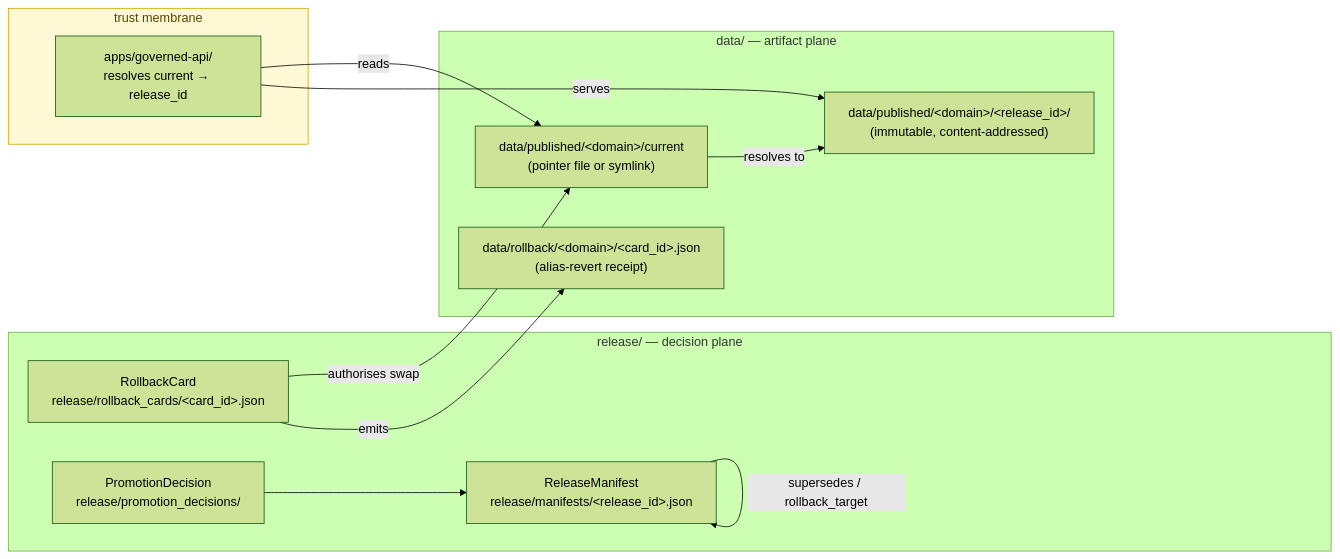
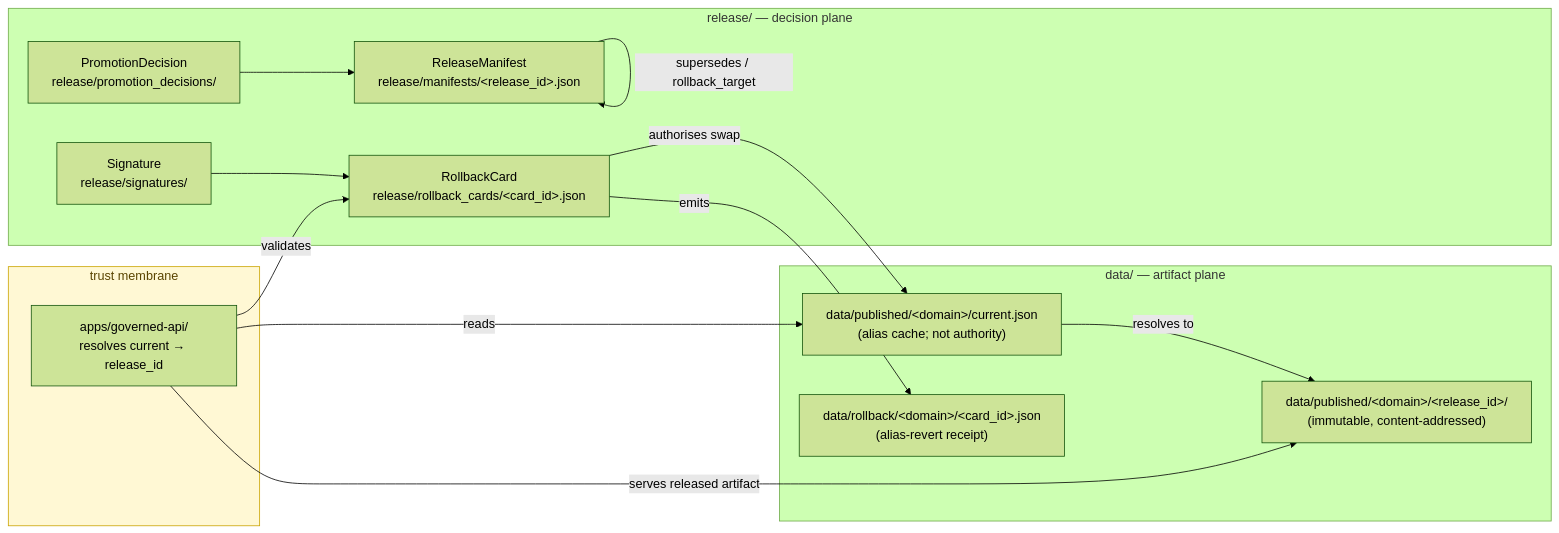
One commit to bartytime4life/Kansas-Frontier-Matrix changed the first of 2 diagrams in docs/adr/ADR-0015-data-published-_domain_-current-alias-is-governed-by-rollback_card.md. Above: the diagram before and after it, drawn with Mermaid (forest theme). The commit also changed other lines of this file, not shown here.

````diff
--- a/docs/adr/ADR-0015-data-published-_domain_-current-alias-is-governed-by-rollback_card.md
+++ b/docs/adr/ADR-0015-data-published-_domain_-current-alias-is-governed-by-rollback_card.md
@@ -122,29 +160,32 @@
 ```mermaid
 flowchart LR
     subgraph RP["release/ — decision plane"]
         RC["RollbackCard<br/>release/rollback_cards/&lt;card_id&gt;.json"]
         RM["ReleaseManifest<br/>release/manifests/&lt;release_id&gt;.json"]
         PD["PromotionDecision<br/>release/promotion_decisions/"]
+        SG["Signature<br/>release/signatures/"]
     end
 
     subgraph DP["data/ — artifact plane"]
         REL["data/published/&lt;domain&gt;/&lt;release_id&gt;/<br/>(immutable, content-addressed)"]
-        CUR["data/published/&lt;domain&gt;/current<br/>(pointer file or symlink)"]
+        CUR["data/published/&lt;domain&gt;/current.json<br/>(alias cache; not authority)"]
         REV["data/rollback/&lt;domain&gt;/&lt;card_id&gt;.json<br/>(alias-revert receipt)"]
     end
 
     subgraph TM["trust membrane"]
         API["apps/governed-api/<br/>resolves current → release_id"]
     end
 
     PD --> RM
+    SG --> RC
     RM -- "supersedes / rollback_target" --> RM
     RC -- "authorises swap" --> CUR
     CUR -- "resolves to" --> REL
     RC -- "emits" --> REV
+    API -- "validates" --> RC
     API -- "reads" --> CUR
-    API -- "serves" --> REL
+    API -- "serves released artifact" --> REL
 
     classDef note fill:#fff8d4,stroke:#caa400,color:#5a4400;
     class TM note;
 ```
````
